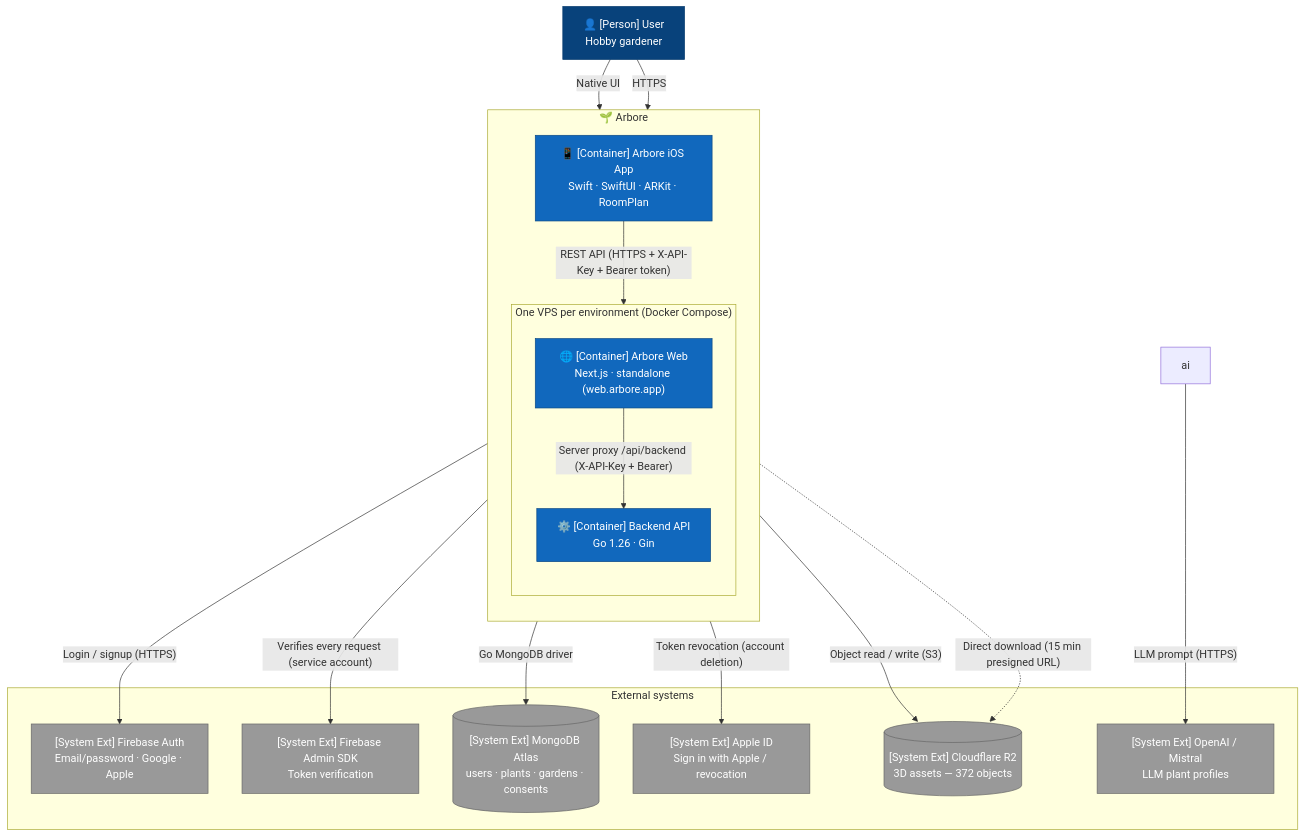
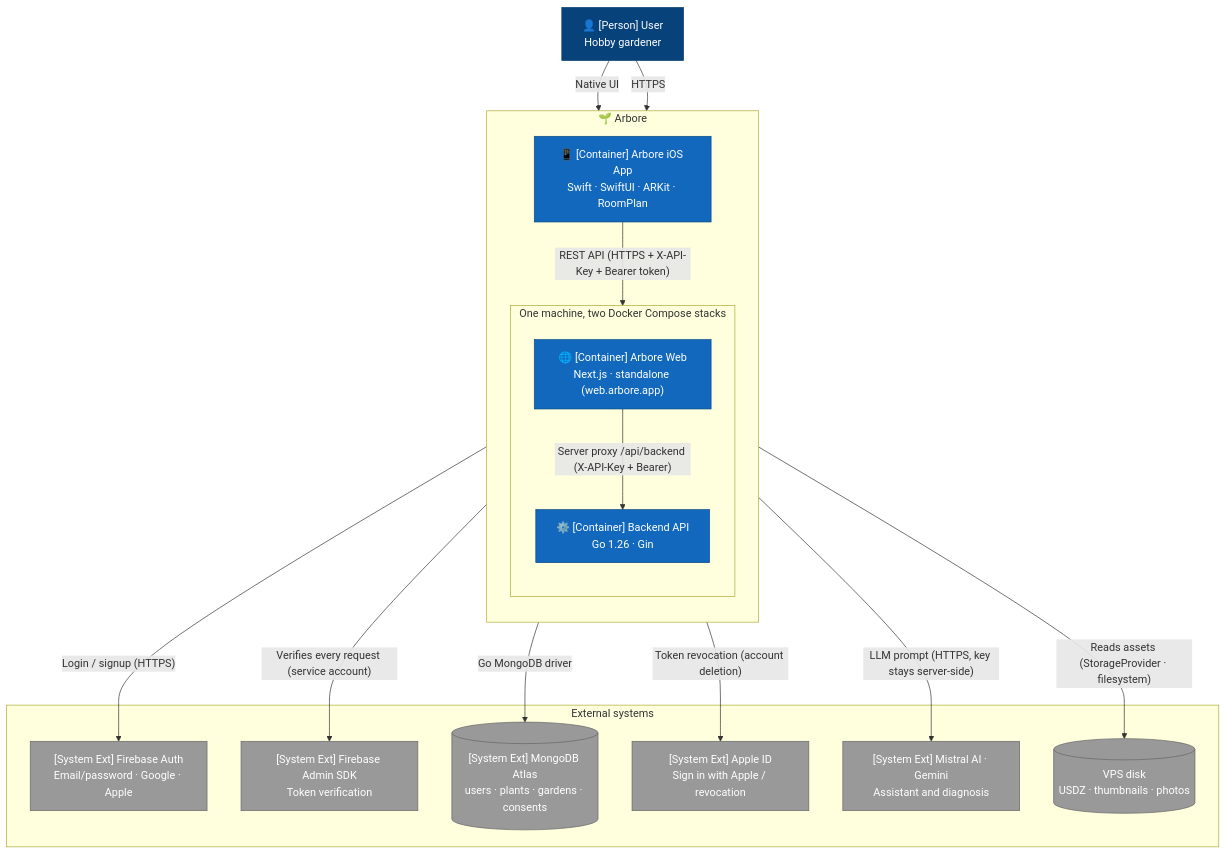
One commit to ArboreTeam/Arbore changed the diagram in docs/en/architecture/02-containers.md. Above: the diagram before and after it, drawn with Mermaid. The commit also changed other lines of this file and 3 other files, not shown here.

````diff
--- a/docs/en/architecture/02-containers.md
+++ b/docs/en/architecture/02-containers.md
@@ -11,45 +11,44 @@
 ```mermaid
 flowchart TB
     user["👤 [Person] User<br/>Hobby gardener"]
 
     subgraph arbore["🌱 Arbore"]
         direction TB
         ios["📱 [Container] Arbore iOS App<br/>Swift · SwiftUI · ARKit · RoomPlan"]
 
-        subgraph vps["One VPS per environment (Docker Compose)"]
+        subgraph vps["One machine, two Docker Compose stacks"]
             direction TB
             web["🌐 [Container] Arbore Web<br/>Next.js · standalone (web.arbore.app)"]
             backend["⚙️ [Container] Backend API<br/>Go 1.26 · Gin"]
         end
     end
 
     subgraph ext["External systems"]
         firebase_auth["[System Ext] Firebase Auth<br/>Email/password · Google · Apple"]
         firebase_admin["[System Ext] Firebase Admin SDK<br/>Token verification"]
         mongo[("[System Ext] MongoDB Atlas<br/>users · plants · gardens · consents")]
         apple["[System Ext] Apple ID<br/>Sign in with Apple / revocation"]
-        llm["[System Ext] OpenAI / Mistral<br/>LLM plant profiles"]
-        r2[("[System Ext] Cloudflare R2<br/>3D assets — 372 objects")]
+        llm["[System Ext] Mistral AI · Gemini<br/>Assistant and diagnosis"]
+        disque[("VPS disk<br/>USDZ · thumbnails · photos")]
     end
 
     user -- "Native UI"  --> ios
     user -- "HTTPS"      --> web
 
     ios     -- "Login / signup (HTTPS)"                        --> firebase_auth
     ios     -- "REST API (HTTPS + X-API-Key + Bearer token)"   --> backend
     web     -- "Server proxy /api/backend (X-API-Key + Bearer)" --> backend
 
     backend -- "Verifies every request (service account)"      --> firebase_admin
     backend -- "Go MongoDB driver"                             --> mongo
     backend -- "Token revocation (account deletion)"           --> apple
-    backend -- "Object read / write (S3)"                     --> r2
-    ios     -. "Direct download (15 min presigned URL)" .-> r2
-    ai      -- "LLM prompt (HTTPS)"                            --> llm
+    backend -- "LLM prompt (HTTPS, key stays server-side)"     --> llm
+    backend -- "Reads assets (StorageProvider · filesystem)"   --> disque
 
     classDef person   fill:#08427B,stroke:#073B6F,color:#fff
     classDef cont     fill:#1168BD,stroke:#0B4884,color:#fff
     classDef ext_node fill:#999,stroke:#666,color:#fff
     class user person
     class ios,web,backend cont
-    class firebase_auth,firebase_admin,mongo,apple,llm,r2 ext_node
+    class firebase_auth,firebase_admin,mongo,apple,llm,disque ext_node
 ```
````
